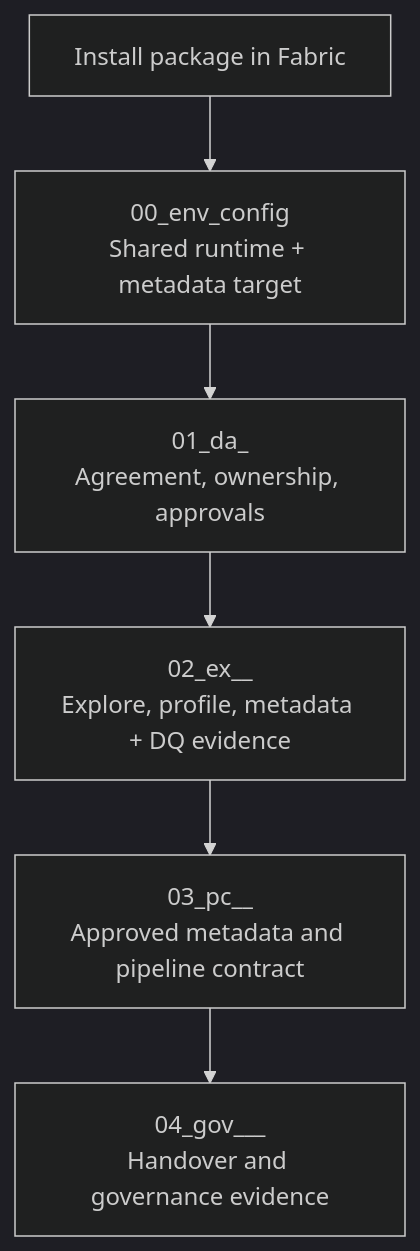
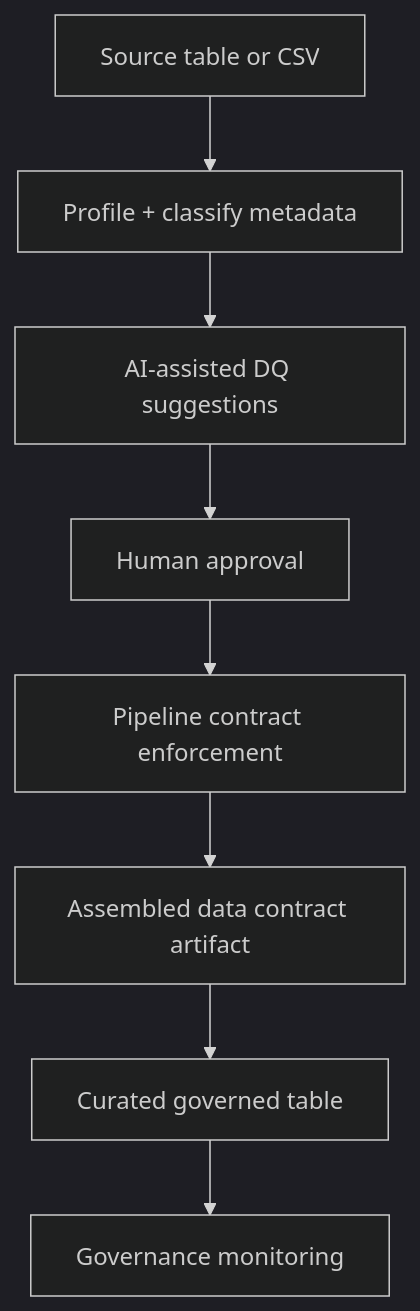
One commit to Voycepeh/FabricOps-Starter-Kit changed the first of 3 diagrams in docs/quick-start.md. Above: the diagram before and after it, drawn with Mermaid (dark theme). The commit also changed other lines of this file, not shown here.

Commit message:
Rebuild quick start into guided Fabric-first onboarding

````diff
--- a/docs/quick-start.md
+++ b/docs/quick-start.md
@@ -13,9 +11,10 @@
 ```mermaid
 flowchart TD
-    A[Install package in Fabric] -->
-    B[00_env_config\nShared runtime + metadata target]
-    B --> C[01_da_<agreement>\nAgreement, ownership, approvals]
-    C --> D[02_ex_<agreement>_<topic>\nExplore, profile, metadata + DQ evidence]
-    D --> E[03_pc_<agreement>_<pipeline>\nApproved metadata and pipeline contract]
-    E --> F[04_gov_<agreement>_<dataset>_<table>\nHandover and governance evidence]
+    A[Source table or CSV] --> B[Profile + classify metadata]
+    B --> C[AI-assisted DQ suggestions]
+    C --> D[Human approval]
+    D --> E[Pipeline contract enforcement]
+    E --> F[Assembled data contract artifact]
+    F --> G[Curated governed table]
+    G --> H[Governance monitoring]
 ```
````
